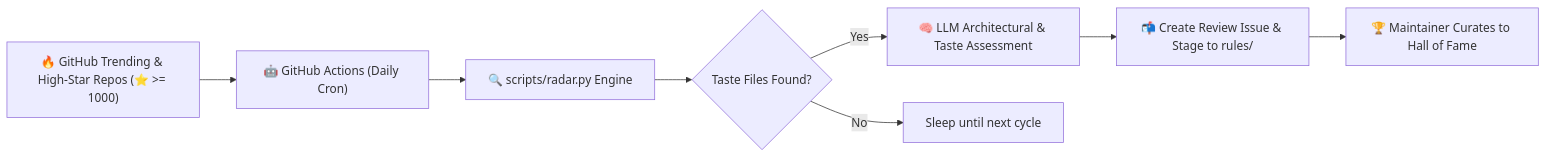
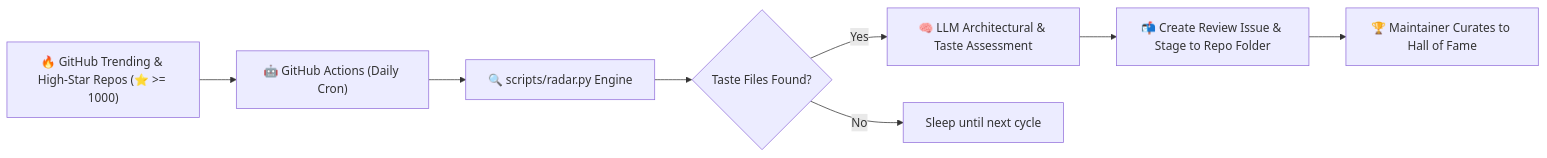
The diagram in README.md (joe1chief/taste-your-taste), drawn with Mermaid before and after one commit. The commit also changed other lines of this file and 50 other files, not shown here.

````diff
--- a/README.md
+++ b/README.md
@@ -273,10 +282,10 @@
 ```mermaid
 flowchart LR
     A["🔥 GitHub Trending & High-Star Repos (⭐️ >= 1000)"] --> B["🤖 GitHub Actions (Daily Cron)"]
     B --> C["🔍 scripts/radar.py Engine"]
     C --> D{"Taste Files Found?"}
     D -- Yes --> E["🧠 LLM Architectural & Taste Assessment"]
-    E --> F["📬 Create Review Issue & Stage to rules/"]
+    E --> F["📬 Create Review Issue & Stage to Repo Folder"]
     F --> G["🏆 Maintainer Curates to Hall of Fame"]
     D -- No --> H["Sleep until next cycle"]
 ```
````
